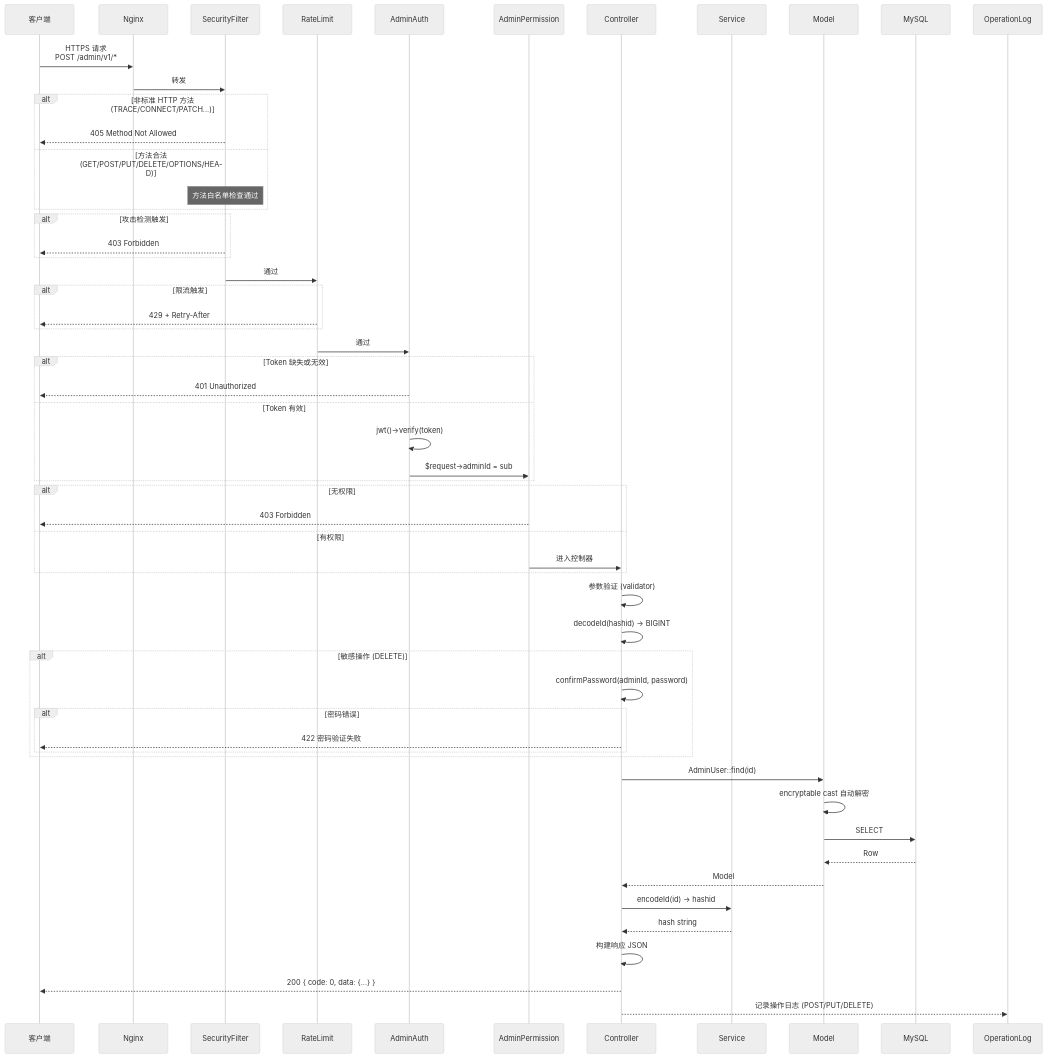
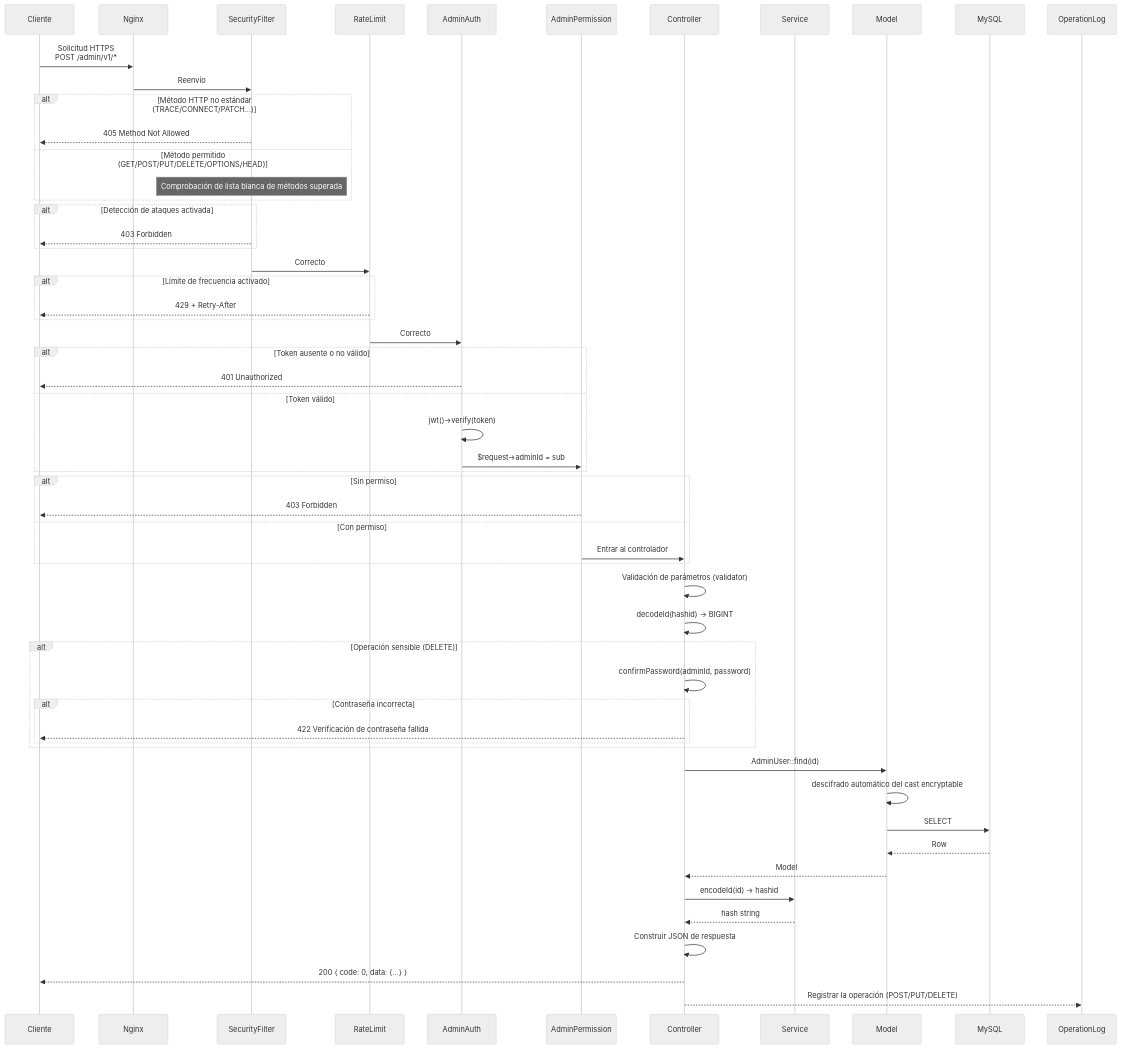
Before and after one commit to erikwang2013/game-platform-php: the third of 14 diagrams in admin/docs/ARCHITECTURE.es.md, drawn with Mermaid (neutral theme). The commit also changed other lines of this file and 211 other files, not shown here.

First line of the commit message:
fix: 支付配置读回类型根治、提现事件对账巡检，12 语族 mermaid 与 API 标签本地化

````diff
--- a/admin/docs/ARCHITECTURE.es.md
+++ b/admin/docs/ARCHITECTURE.es.md
@@ -153,71 +153,71 @@
 ```mermaid
 sequenceDiagram
-    participant C as 客户端
+    participant C as Cliente
     participant N as Nginx
     participant MW_SF as SecurityFilter
     participant MW_RL as RateLimit
     participant MW1 as AdminAuth
     participant MW2 as AdminPermission
     participant CTL as Controller
     participant SVC as Service
     participant MDL as Model
     participant DB as MySQL
     participant OPLOG as OperationLog
 
-    C->>N: HTTPS 请求<br/>POST /admin/v1/*
-    N->>MW_SF: 转发
+    C->>N: Solicitud HTTPS<br/>POST /admin/v1/*
+    N->>MW_SF: Reenvío
 
-    alt 非标准 HTTP 方法 (TRACE/CONNECT/PATCH...)
+    alt Método HTTP no estándar (TRACE/CONNECT/PATCH...)
         MW_SF-->>C: 405 Method Not Allowed
-    else 方法合法 (GET/POST/PUT/DELETE/OPTIONS/HEAD)
-        Note over MW_SF: 方法白名单检查通过
+    else Método permitido (GET/POST/PUT/DELETE/OPTIONS/HEAD)
+        Note over MW_SF: Comprobación de lista blanca de métodos superada
     end
 
-    alt 攻击检测触发
+    alt Detección de ataques activada
         MW_SF-->>C: 403 Forbidden
     end
 
-    MW_SF->>MW_RL: 通过
+    MW_SF->>MW_RL: Correcto
 
-    alt 限流触发
+    alt Límite de frecuencia activado
         MW_RL-->>C: 429 + Retry-After
     end
 
-    MW_RL->>MW1: 通过
+    MW_RL->>MW1: Correcto
 
-    alt Token 缺失或无效
+    alt Token ausente o no válido
         MW1-->>C: 401 Unauthorized
-    else Token 有效
+    else Token válido
         MW1->>MW1: jwt()->verify(token)
         MW1->>MW2: $request->adminId = sub
     end
 
-    alt 无权限
+    alt Sin permiso
         MW2-->>C: 403 Forbidden
-    else 有权限
-        MW2->>CTL: 进入控制器
+    else Con permiso
+        MW2->>CTL: Entrar al controlador
     end
 
-    CTL->>CTL: 参数验证 (validator)
+    CTL->>CTL: Validación de parámetros (validator)
     CTL->>CTL: decodeId(hashid) → BIGINT
 
-    alt 敏感操作 (DELETE)
+    alt Operación sensible (DELETE)
         CTL->>CTL: confirmPassword(adminId, password)
-        alt 密码错误
-            CTL-->>C: 422 密码验证失败
+        alt Contraseña incorrecta
+            CTL-->>C: 422 Verificación de contraseña fallida
         end
     end
 
     CTL->>MDL: AdminUser::find(id)
-    MDL->>MDL: encryptable cast 自动解密
+    MDL->>MDL: descifrado automático del cast encryptable
     MDL->>DB: SELECT
     DB-->>MDL: Row
     MDL-->>CTL: Model
 
     CTL->>SVC: encodeId(id) → hashid
     SVC-->>CTL: hash string
 
-    CTL->>CTL: 构建响应 JSON
+    CTL->>CTL: Construir JSON de respuesta
     CTL-->>C: 200 { code: 0, data: {...} }
-    CTL-->>OPLOG: 记录操作日志 (POST/PUT/DELETE)
+    CTL-->>OPLOG: Registrar la operación (POST/PUT/DELETE)
 ```
````
